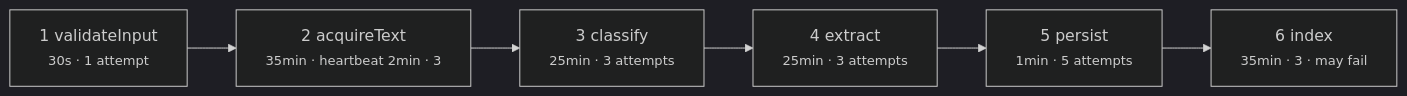
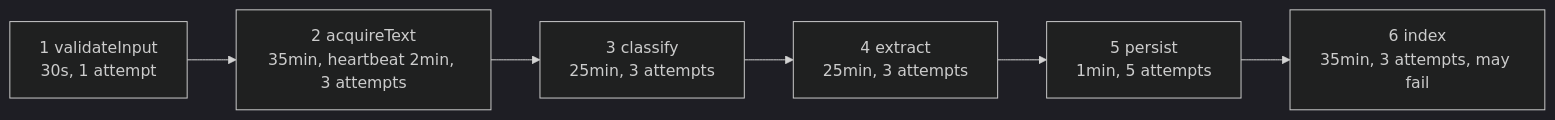
The second of 4 diagrams in docs/ARCHITECTURE.md (rahulranjan14/localScan), drawn with Mermaid (dark theme) before and after one commit. The commit also changed other lines of this file, not shown here.

First line of the commit message:
fix(docs): mermaid labels were being clipped when rendered

````diff
--- a/docs/ARCHITECTURE.md
+++ b/docs/ARCHITECTURE.md
@@ -64,11 +64,11 @@
 ```mermaid
 flowchart LR
-    A["1 validateInput<br/><small>30s · 1 attempt</small>"]
-    B["2 acquireText<br/><small>35min · heartbeat 2min · 3</small>"]
-    C["3 classify<br/><small>25min · 3 attempts</small>"]
-    D["4 extract<br/><small>25min · 3 attempts</small>"]
-    E["5 persist<br/><small>1min · 5 attempts</small>"]
-    F["6 index<br/><small>35min · 3 · may fail</small>"]
+    A["1 validateInput<br/>30s, 1 attempt"]
+    B["2 acquireText<br/>35min, heartbeat 2min, 3 attempts"]
+    C["3 classify<br/>25min, 3 attempts"]
+    D["4 extract<br/>25min, 3 attempts"]
+    E["5 persist<br/>1min, 5 attempts"]
+    F["6 index<br/>35min, 3 attempts, may fail"]
 
     A --> B --> C --> D --> E --> F
 ```
````
